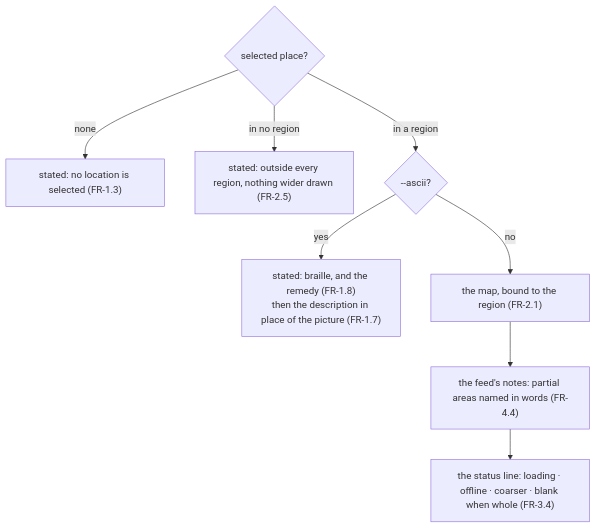
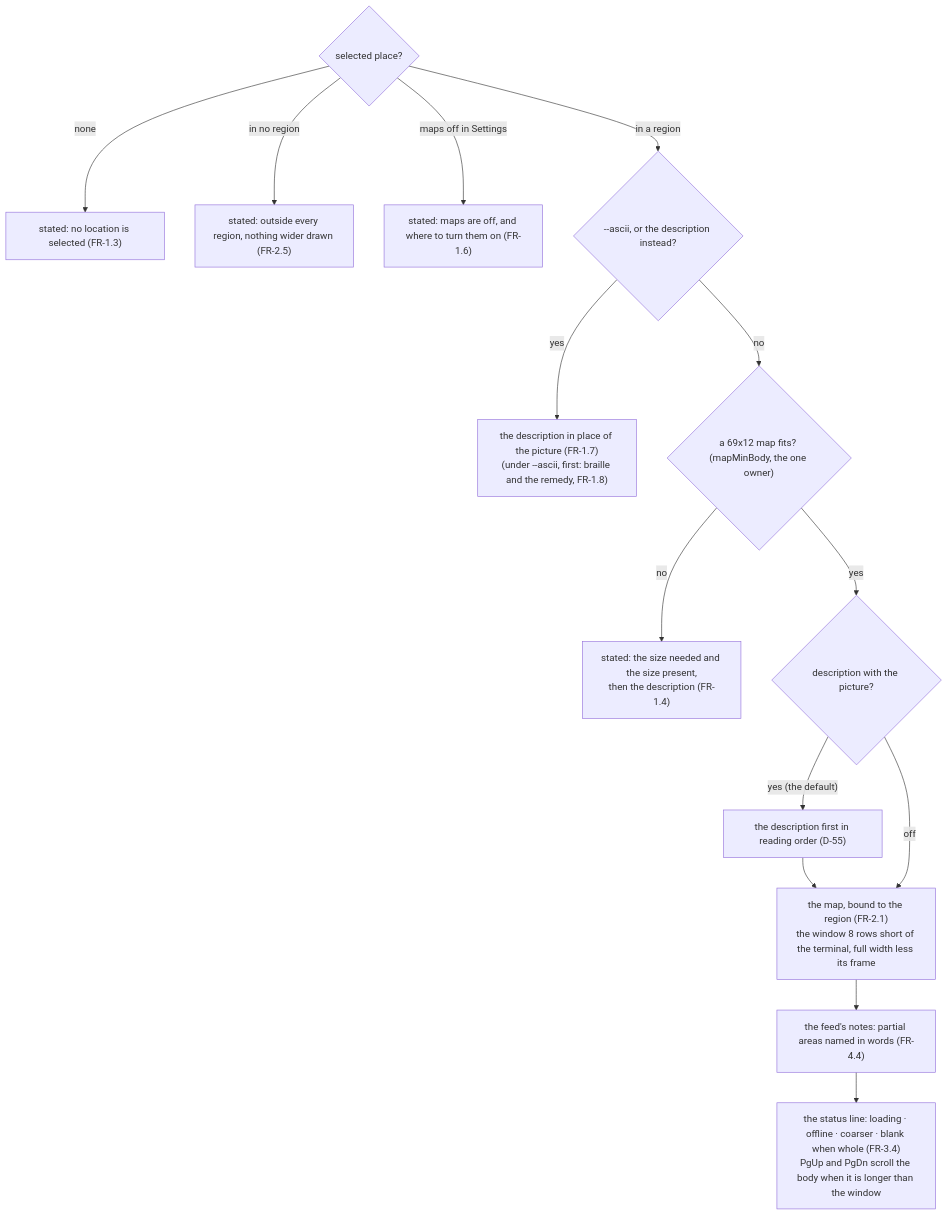
One commit to branden-thompson/watchpost changed the second of 2 diagrams in 06_docs/02_features/observer-maps/03-architecture-design/as-built-map.md. Above: the diagram before and after it, drawn with Mermaid. The commit also changed other lines of this file and 23 other files, not shown here.

First line of the commit message:
0.18.0 W1 batch 7: the size floor, the description beside the picture, the map's Settings

````diff
--- a/06_docs/02_features/observer-maps/03-architecture-design/as-built-map.md
+++ b/06_docs/02_features/observer-maps/03-architecture-design/as-built-map.md
@@ -57,10 +59,15 @@
 ```mermaid
 flowchart TB
   S{"selected place?"} -- "none" --> N["stated: no location is selected (FR-1.3)"]
   S -- "in no region" --> O["stated: outside every region, nothing wider drawn (FR-2.5)"]
-  S -- "in a region" --> A{"--ascii?"}
-  A -- "yes" --> T["stated: braille, and the remedy (FR-1.8)\nthen the description in place of the picture (FR-1.7)"]
-  A -- "no" --> M["the map, bound to the region (FR-2.1)"]
+  S -- "maps off in Settings" --> OFF["stated: maps are off, and where to turn them on (FR-1.6)"]
+  S -- "in a region" --> A{"--ascii, or the description instead?"}
+  A -- "yes" --> T["the description in place of the picture (FR-1.7)\n(under --ascii, first: braille and the remedy, FR-1.8)"]
+  A -- "no" --> F{"a 69x12 map fits? (mapMinBody, the one owner)"}
+  F -- "no" --> FL["stated: the size needed and the size present,\nthen the description (FR-1.4)"]
+  F -- "yes" --> DS{"description with the picture?"}
+  DS -- "yes (the default)" --> D1["the description first in reading order (D-55)"] --> M
+  DS -- "off" --> M["the map, bound to the region (FR-2.1)\nthe window 8 rows short of the terminal, full width less its frame"]
   M --> NT["the feed's notes: partial areas named in words (FR-4.4)"]
-  NT --> ST["the status line: loading · offline · coarser · blank when whole (FR-3.4)"]
+  NT --> ST["the status line: loading · offline · coarser · blank when whole (FR-3.4)\nPgUp and PgDn scroll the body when it is longer than the window"]
 ```
````
